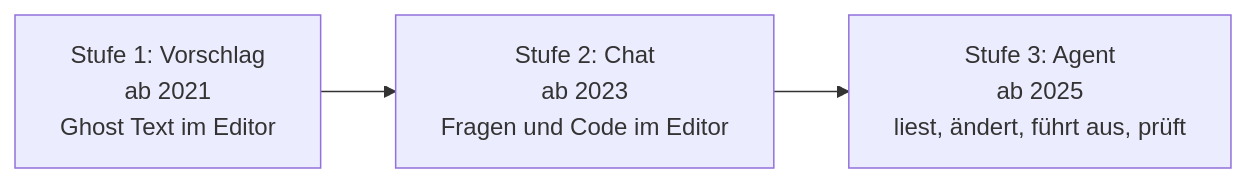
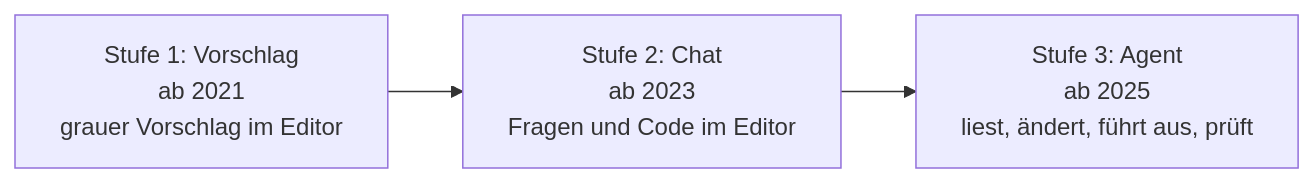
The first of 2 diagrams in m01-ai-foundations/l02-evolution.md (kodschul/kodschul-agentic-coding-copilot), drawn with Mermaid before and after one commit. The commit also changed other lines of this file and 65 other files, not shown here.

````diff
--- a/m01-ai-foundations/l02-evolution.md
+++ b/m01-ai-foundations/l02-evolution.md
@@ -44,5 +44,5 @@
 ```mermaid
 flowchart LR
-    S1["Stufe 1: Vorschlag<br/>ab 2021<br/>Ghost Text im Editor"] --> S2["Stufe 2: Chat<br/>ab 2023<br/>Fragen und Code im Editor"]
+    S1["Stufe 1: Vorschlag<br/>ab 2021<br/>grauer Vorschlag im Editor"] --> S2["Stufe 2: Chat<br/>ab 2023<br/>Fragen und Code im Editor"]
     S2 --> S3["Stufe 3: Agent<br/>ab 2025<br/>liest, ändert, führt aus, prüft"]
 ```
````
